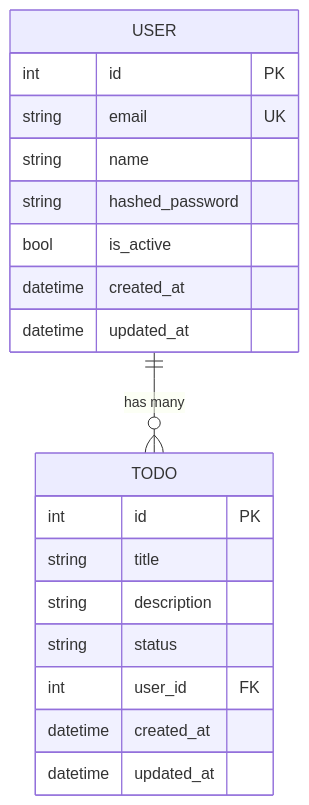
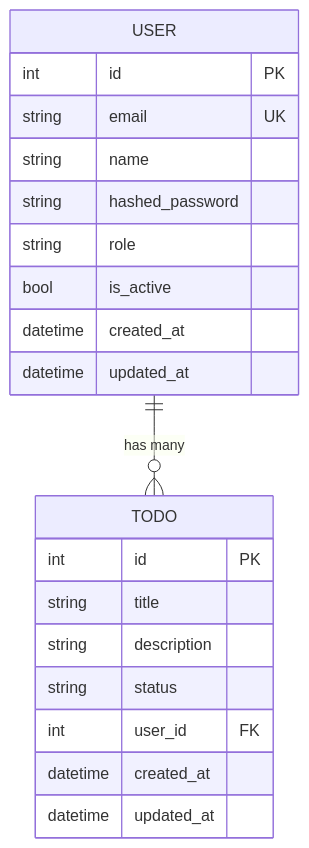
One commit to dangquan1402/dev-workflow-template changed the diagram in docs/reference/erd.md. Above: the diagram before and after it, drawn with Mermaid. The commit also changed other lines of this file and 7 other files, not shown here.

````diff
--- a/docs/reference/erd.md
+++ b/docs/reference/erd.md
@@ -5,24 +5,25 @@
 ```mermaid
 erDiagram
     USER {
         int id PK
         string email UK
         string name
         string hashed_password
+        string role
         bool is_active
         datetime created_at
         datetime updated_at
     }
 
     TODO {
         int id PK
         string title
         string description
         string status
         int user_id FK
         datetime created_at
         datetime updated_at
     }
 
     USER ||--o{ TODO : "has many"
 ```
````
